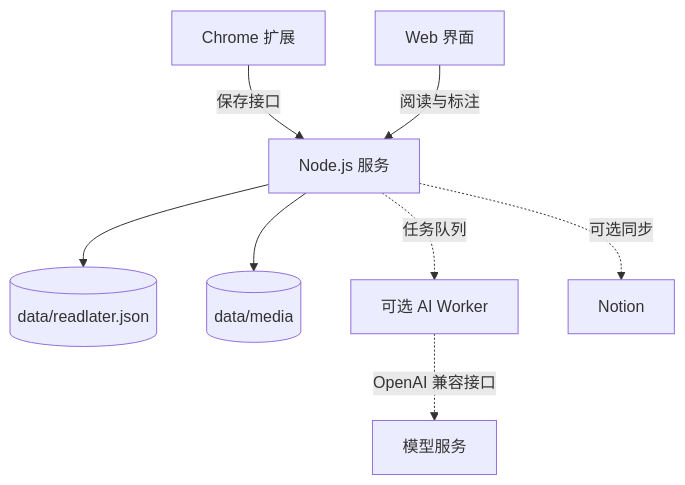
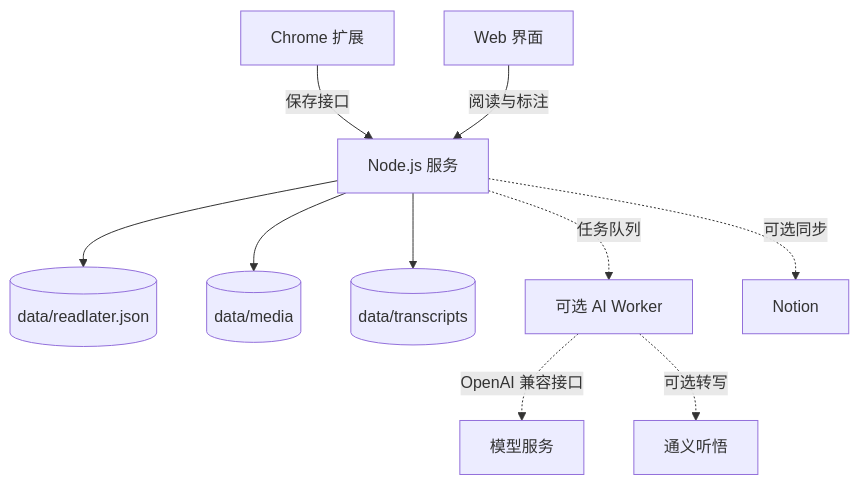
Before and after one commit to echoechoher/readlater-open-source: the second of 2 diagrams in README.md, drawn with Mermaid. The commit also changed other lines of this file and 25 other files, not shown here.

````diff
--- a/README.md
+++ b/README.md
@@ -73,10 +76,12 @@
 ```mermaid
 flowchart TB
     EXT[Chrome 扩展] -->|保存接口| SERVER[Node.js 服务]
     UI[Web 界面] -->|阅读与标注| SERVER
     SERVER --> JSON[(data/readlater.json)]
     SERVER --> MEDIA[(data/media)]
+    SERVER --> TRANSCRIPTS[(data/transcripts)]
     SERVER -. 任务队列 .-> WORKER[可选 AI Worker]
     WORKER -. OpenAI 兼容接口 .-> MODEL[模型服务]
+    WORKER -. 可选转写 .-> TINGWU[通义听悟]
     SERVER -. 可选同步 .-> NOTION[Notion]
 ```
````
